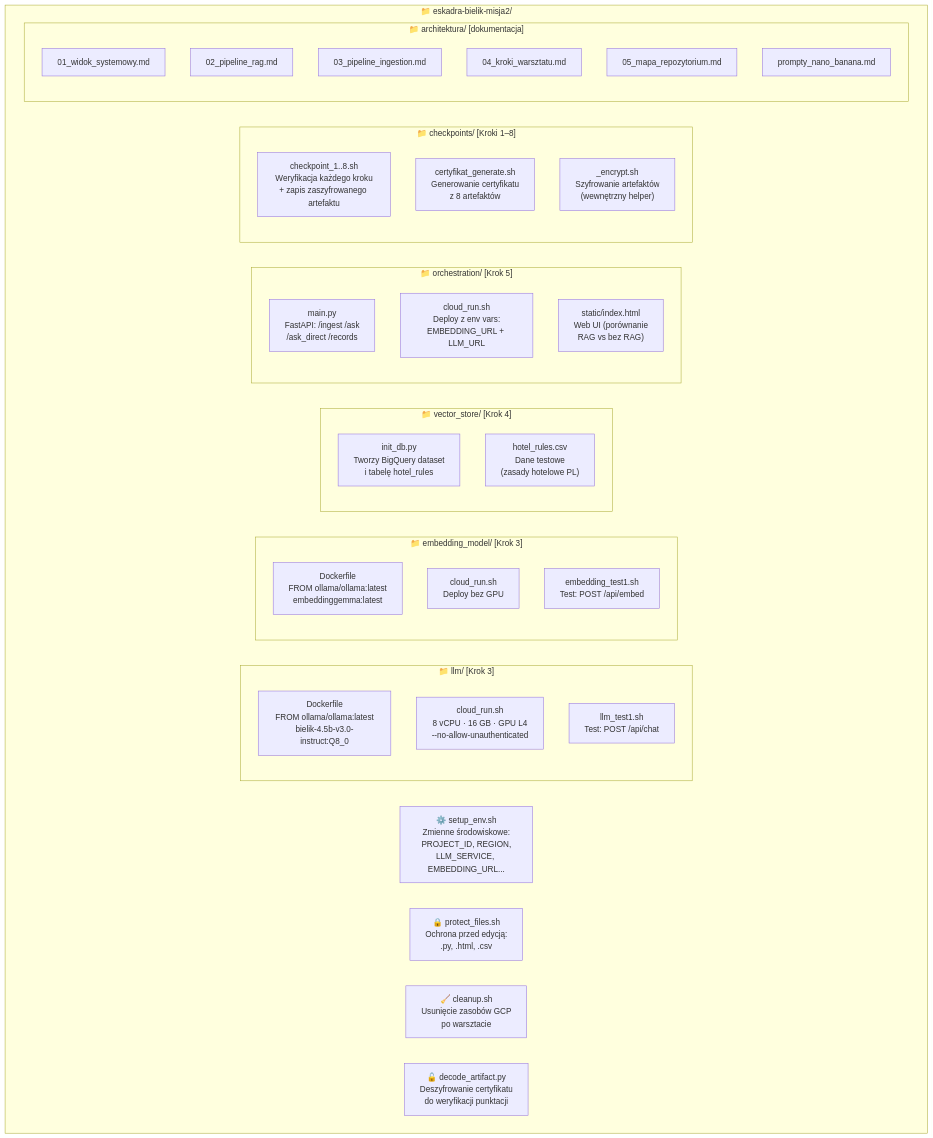
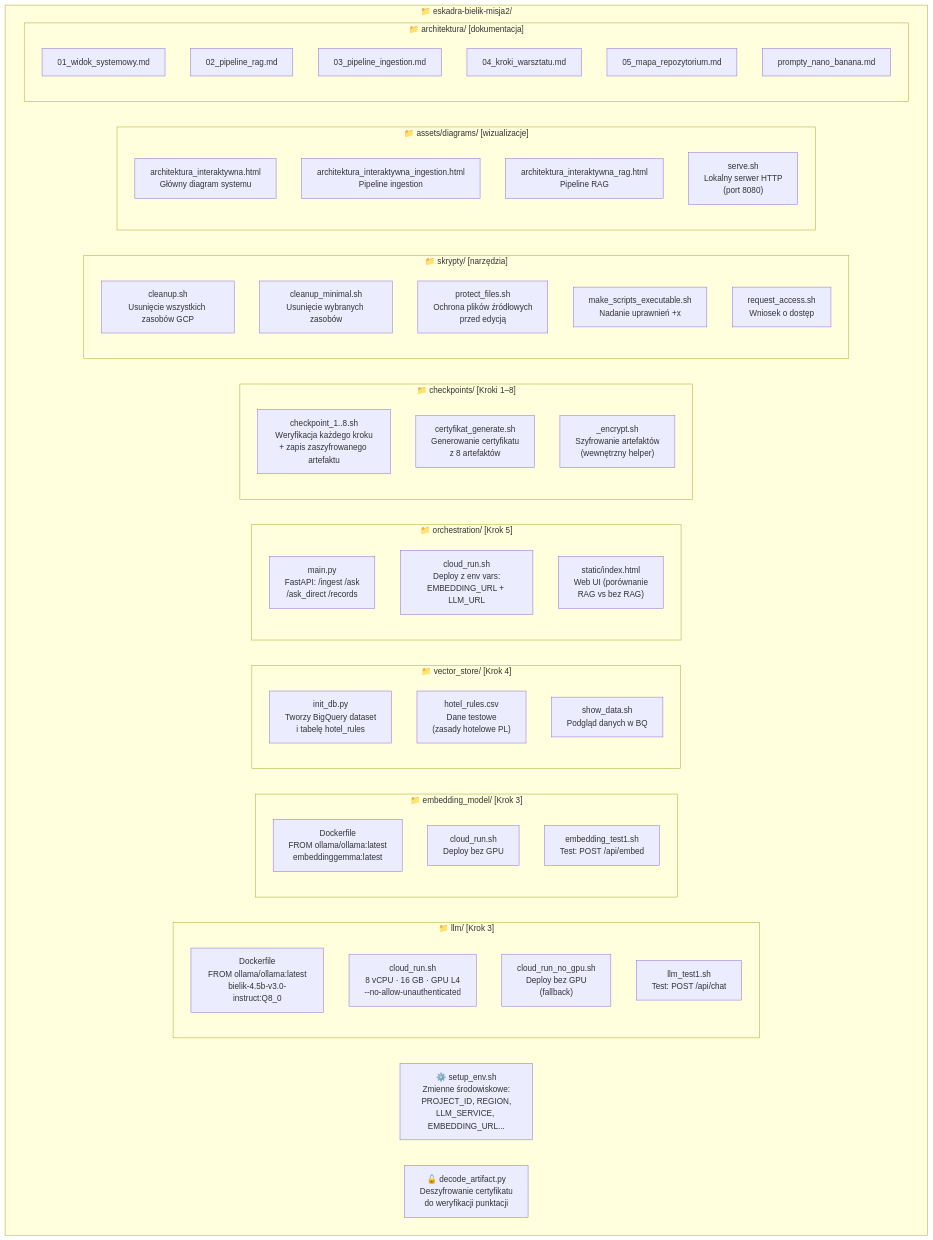
The diagram in architektura/05_mapa_repozytorium.md (Legard777/eskadra-bielik-misja2), drawn with Mermaid before and after one commit. The commit also changed other lines of this file, not shown here.

Commit message:
Aktualizacja mapy repozytorium — skrypty/, assets/diagrams/, cloud_run_no_gpu.sh

````diff
--- a/architektura/05_mapa_repozytorium.md
+++ b/architektura/05_mapa_repozytorium.md
@@ -5,47 +5,62 @@
 ```mermaid
 graph TD
     subgraph REPO["📁 eskadra-bielik-misja2/"]
         SE["⚙️ setup_env.sh\nZmienne środowiskowe:\nPROJECT_ID, REGION,\nLLM_SERVICE, EMBEDDING_URL..."]
-        PF["🔒 protect_files.sh\nOchrona przed edycją:\n.py, .html, .csv"]
-        CL["🧹 cleanup.sh\nUsunięcie zasobów GCP\npo warsztacie"]
         DA["🔓 decode_artifact.py\nDeszyfrowanie certyfikatu\ndo weryfikacji punktacji"]
 
         subgraph LLM_DIR["📁 llm/  [Krok 3]"]
             L_DF["Dockerfile\nFROM ollama/ollama:latest\nbielik-4.5b-v3.0-instruct:Q8_0"]
             L_CR["cloud_run.sh\n8 vCPU · 16 GB · GPU L4\n--no-allow-unauthenticated"]
+            L_CRN["cloud_run_no_gpu.sh\nDeploy bez GPU\n(fallback)"]
             L_T["llm_test1.sh\nTest: POST /api/chat"]
         end
 
         subgraph EMB_DIR["📁 embedding_model/  [Krok 3]"]
             E_DF["Dockerfile\nFROM ollama/ollama:latest\nembeddinggemma:latest"]
             E_CR["cloud_run.sh\nDeploy bez GPU"]
             E_T["embedding_test1.sh\nTest: POST /api/embed"]
         end
 
         subgraph VS_DIR["📁 vector_store/  [Krok 4]"]
             V_DB["init_db.py\nTworzy BigQuery dataset\ni tabelę hotel_rules"]
             V_CSV["hotel_rules.csv\nDane testowe\n(zasady hotelowe PL)"]
+            V_SD["show_data.sh\nPodgląd danych w BQ"]
         end
 
         subgraph ORC_DIR["📁 orchestration/  [Krok 5]"]
             O_M["main.py\nFastAPI: /ingest /ask\n/ask_direct /records"]
             O_CR["cloud_run.sh\nDeploy z env vars:\nEMBEDDING_URL + LLM_URL"]
             O_ST["static/index.html\nWeb UI (porównanie\nRAG vs bez RAG)"]
         end
 
         subgraph CP_DIR["📁 checkpoints/  [Kroki 1–8]"]
             CP1["checkpoint_1..8.sh\nWeryfikacja każdego kroku\n+ zapis zaszyfrowanego artefaktu"]
             CP2["certyfikat_generate.sh\nGenerowanie certyfikatu\nz 8 artefaktów"]
             CP3["_encrypt.sh\nSzyfrowanie artefaktów\n(wewnętrzny helper)"]
         end
 
+        subgraph SK_DIR["📁 skrypty/  [narzędzia]"]
+            SK1["cleanup.sh\nUsunięcie wszystkich zasobów GCP"]
+            SK2["cleanup_minimal.sh\nUsunięcie wybranych zasobów"]
+            SK3["protect_files.sh\nOchrona plików źródłowych\nprzed edycją"]
+            SK4["make_scripts_executable.sh\nNadanie uprawnień +x"]
+            SK5["request_access.sh\nWniosek o dostęp"]
+        end
+
+        subgraph AD_DIR["📁 assets/diagrams/  [wizualizacje]"]
+            AD1["architektura_interaktywna.html\nGłówny diagram systemu"]
+            AD2["architektura_interaktywna_ingestion.html\nPipeline ingestion"]
+            AD3["architektura_interaktywna_rag.html\nPipeline RAG"]
+            AD4["serve.sh\nLokalny serwer HTTP\n(port 8080)"]
+        end
+
         subgraph ARCH_DIR["📁 architektura/  [dokumentacja]"]
             A1["01_widok_systemowy.md"]
             A2["02_pipeline_rag.md"]
             A3["03_pipeline_ingestion.md"]
             A4["04_kroki_warsztatu.md"]
             A5["05_mapa_repozytorium.md"]
             A6["prompty_nano_banana.md"]
         end
     end
 ```
````
